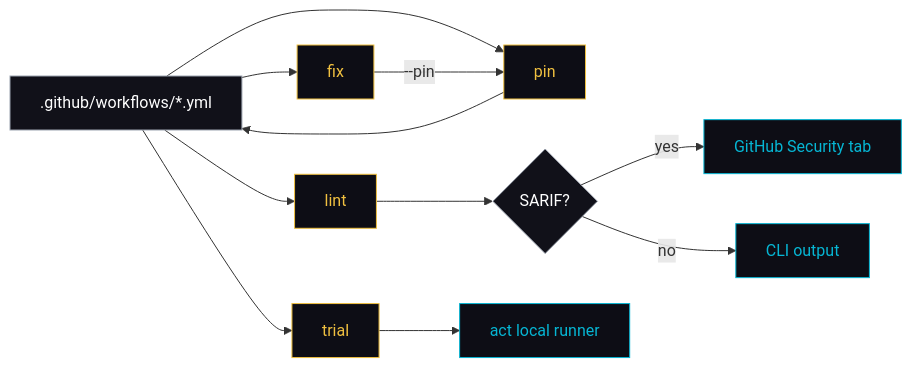
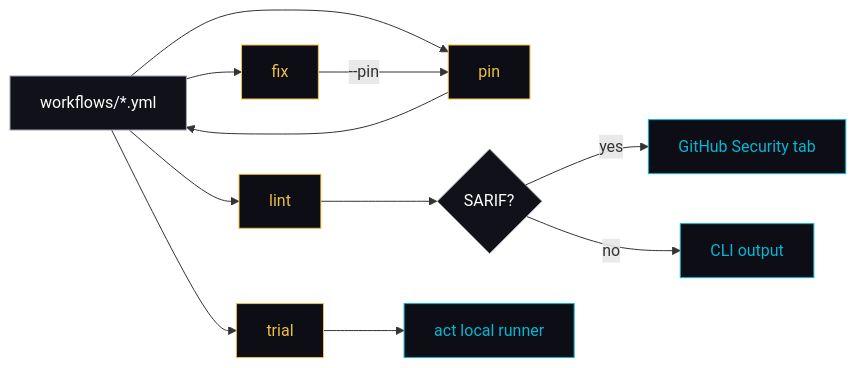
Before and after one commit to kdairatchi/ghactor: the first of 3 diagrams in README.md, drawn with Mermaid. The commit also changed other lines of this file and 5 other files, not shown here.

First line of the commit message:
fix: mermaid CI diagram + clear pre-existing lint failures (#2)

````diff
--- a/README.md
+++ b/README.md
@@ -44,20 +44,20 @@
 ```mermaid
 flowchart LR
-    W[.github/workflows/*.yml] --> L[lint]
-    W --> F[fix]
-    W --> P[pin]
-    W --> T[trial]
-    L --> S{SARIF?}
-    S -->|yes| GH[GitHub Security tab]
-    S -->|no| C[CLI output]
+    W["workflows/*.yml"] --> L["lint"]
+    W --> F["fix"]
+    W --> P["pin"]
+    W --> T["trial"]
+    L --> S{"SARIF?"}
+    S -->|yes| GH["GitHub Security tab"]
+    S -->|no| C["CLI output"]
     F -->|--pin| P
     P --> W
-    T --> ACT[act local runner]
+    T --> ACT["act local runner"]
 
     classDef cmd fill:#0d0d15,stroke:#f0c040,color:#f0c040
     classDef sink fill:#0d0d15,stroke:#06b6d4,color:#06b6d4
     classDef src fill:#111119,stroke:#9ca3af,color:#fff
     class L,F,P,T cmd
     class GH,C,ACT sink
     class W,S src
 ```
````
